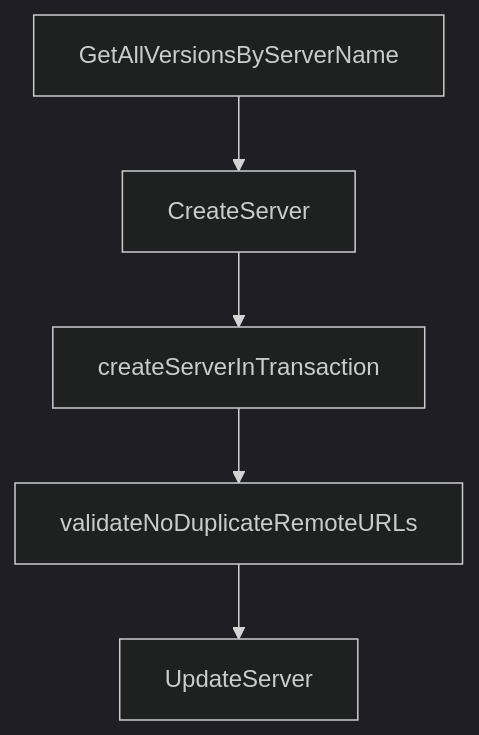
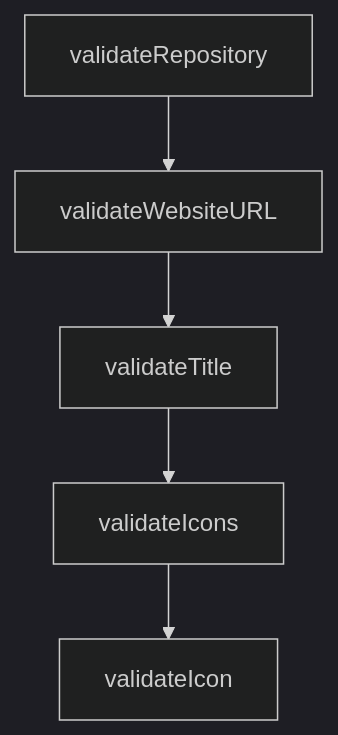
The diagram in tutorials/mcp-registry-tutorial/03-server-json-schema-and-package-verification.md (johnxie/awesome-code-docs), drawn with Mermaid (dark theme) before and after one commit. The commit also changed other lines of this file and 1232 other files, not shown here.

````diff
--- a/tutorials/mcp-registry-tutorial/03-server-json-schema-and-package-verification.md
+++ b/tutorials/mcp-registry-tutorial/03-server-json-schema-and-package-verification.md
@@ -220,12 +218,12 @@
 ```mermaid
 flowchart TD
-    A[GetAllVersionsByServerName]
-    B[CreateServer]
-    C[createServerInTransaction]
-    D[validateNoDuplicateRemoteURLs]
-    E[UpdateServer]
+    A[validateRepository]
+    B[validateWebsiteURL]
+    C[validateTitle]
+    D[validateIcons]
+    E[validateIcon]
     A --> B
     B --> C
     C --> D
     D --> E
 ```
````
